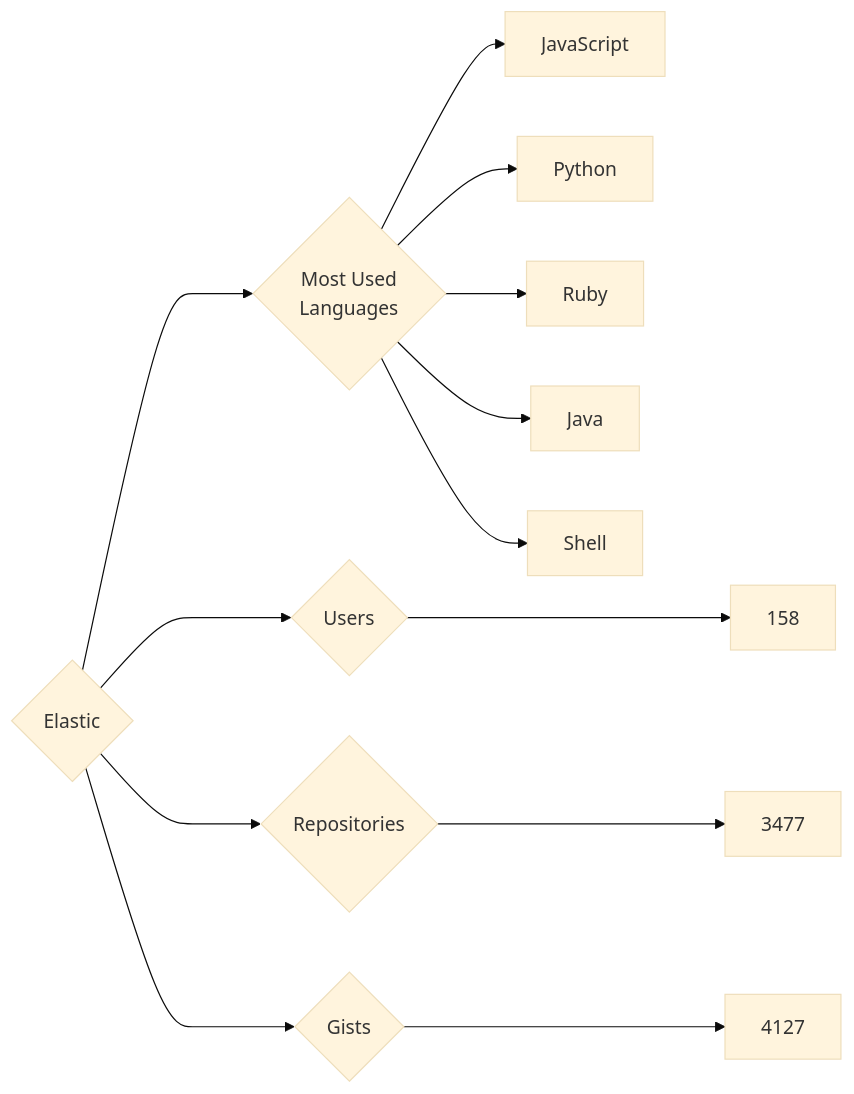
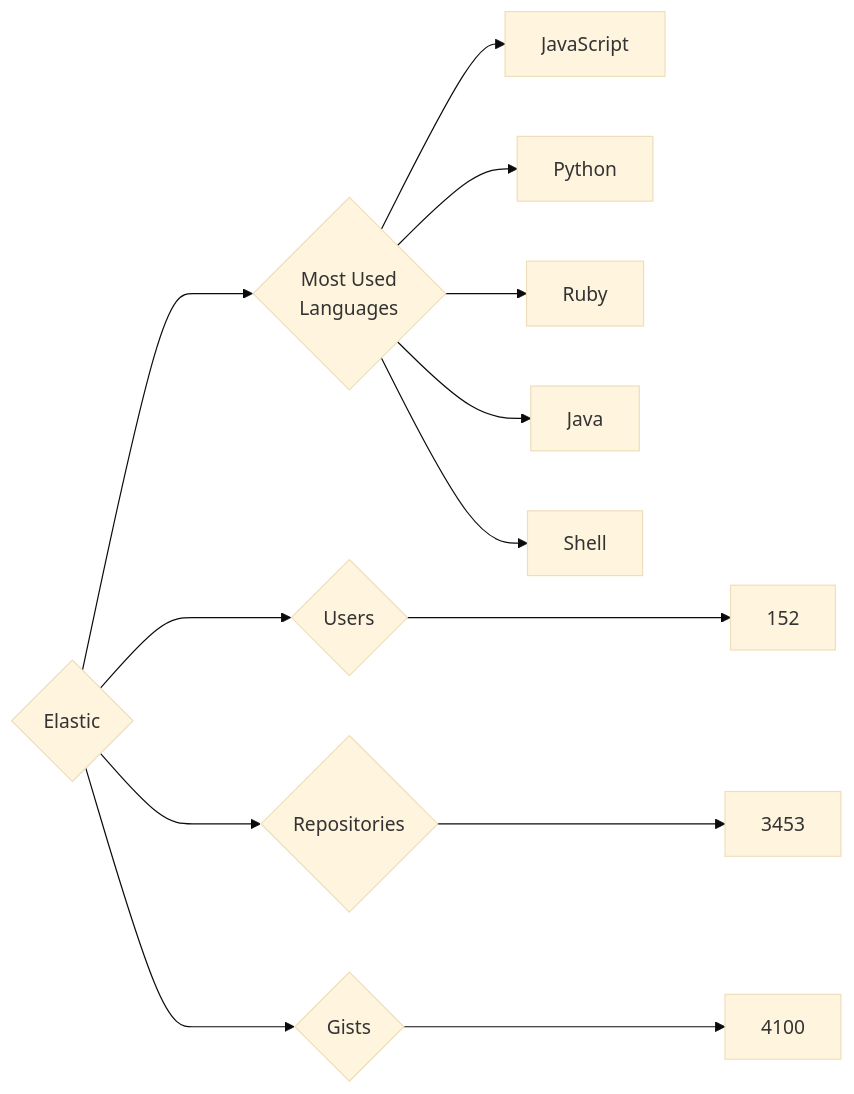
Before and after one commit to trickest/insiders: the diagram in targets/Elastic/README.md, drawn with Mermaid (base theme). The commit also changed 629 other files, not shown here.

````diff
--- a/targets/Elastic/README.md
+++ b/targets/Elastic/README.md
@@ -3,13 +3,13 @@
 ```mermaid
 graph LR
 COMPANY_NAME{Elastic}
-COMPANY_NAME ---> U{Users} ---> UN[158]
-COMPANY_NAME ---> R{Repositories} ---> RN[3477]
-COMPANY_NAME ---> G{Gists} ---> GN[4127]
+COMPANY_NAME ---> U{Users} ---> UN[152]
+COMPANY_NAME ---> R{Repositories} ---> RN[3453]
+COMPANY_NAME ---> G{Gists} ---> GN[4100]
 COMPANY_NAME ---> ML{Most Used<br>Languages}
 ML --> JavaScript[JavaScript]
 ML --> Python[Python]
 ML --> Ruby[Ruby]
 ML --> Java[Java]
 ML --> Shell[Shell]
 ```
````
